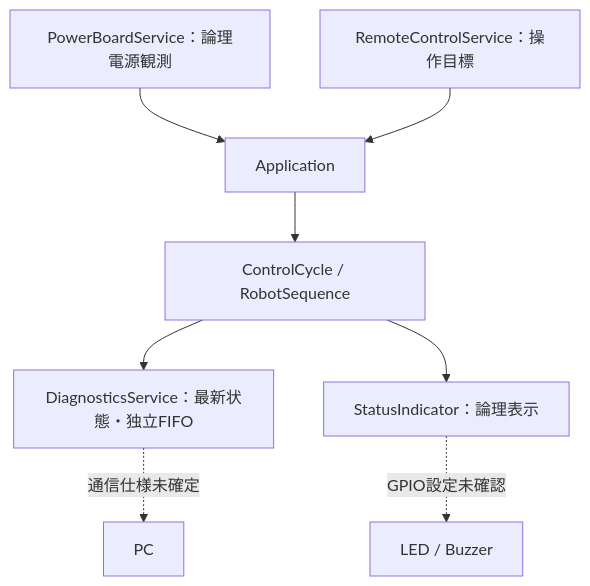
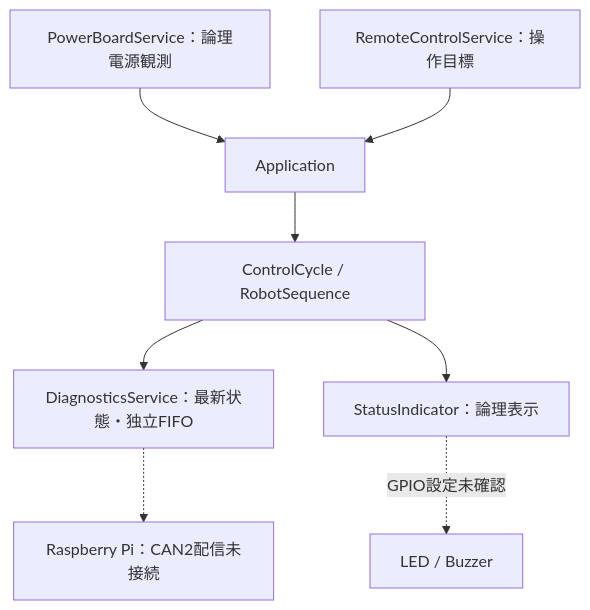
Before and after one commit to kou-pen/balancing: diagram 22 of 22 in docs/diagrams.md, drawn with Mermaid. The commit also changed other lines of this file and 9 other files, not shown here.

```diff
--- a/docs/diagrams.md
+++ b/docs/diagrams.md
@@ -495,10 +495,10 @@
 <pre class="mermaid">
 flowchart TD
     P["PowerBoardService：論理電源観測"] --> APP["Application"]
     R["RemoteControlService：操作目標"] --> APP
     APP --> C["ControlCycle / RobotSequence"]
     C --> D["DiagnosticsService：最新状態・独立FIFO"]
     C --> S["StatusIndicator：論理表示"]
-    D -.通信仕様未確定.-> PC["PC"]
+    D -.-> PC["Raspberry Pi：CAN2配信未接続"]
     S -.GPIO設定未確認.-> L["LED / Buzzer"]
 </pre>
```
